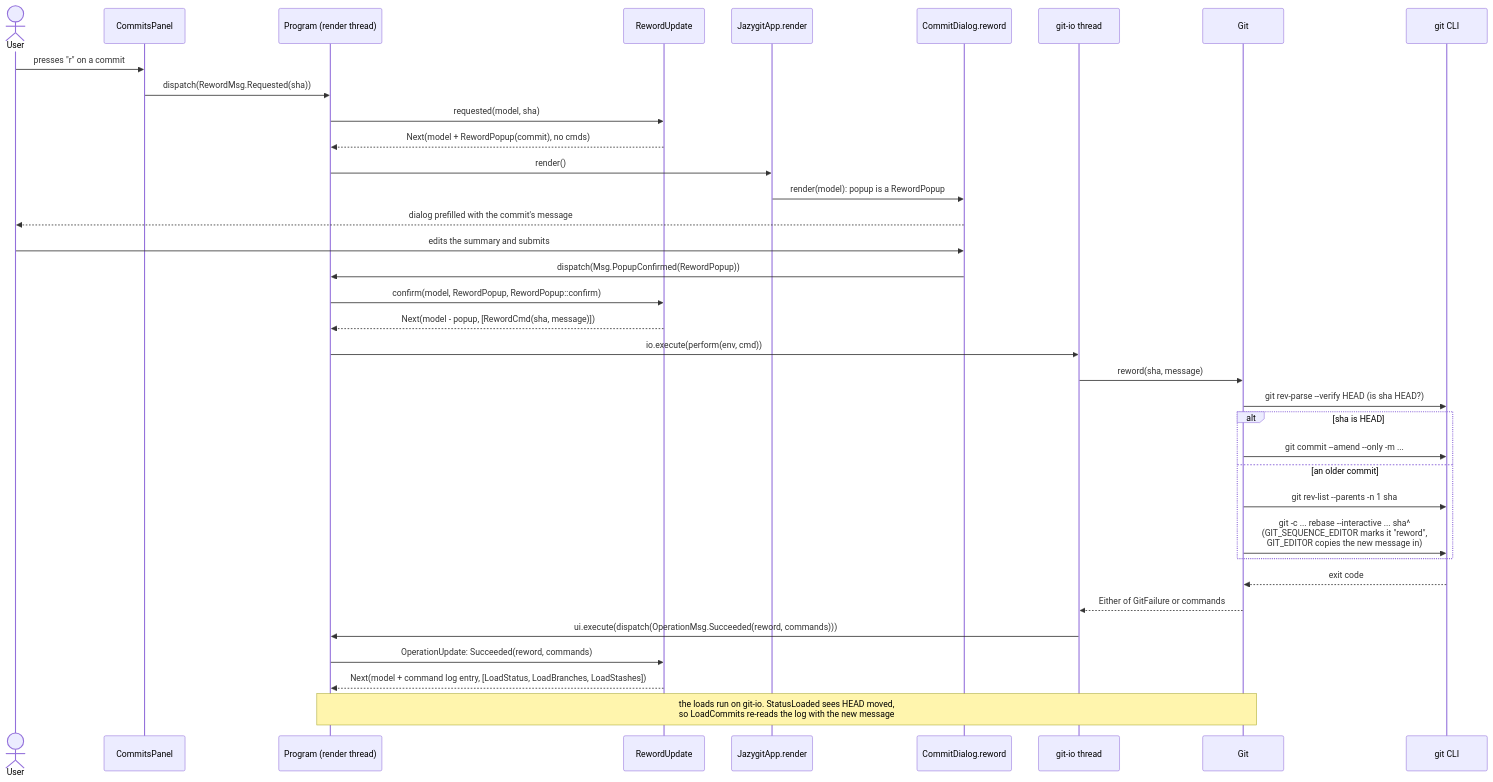
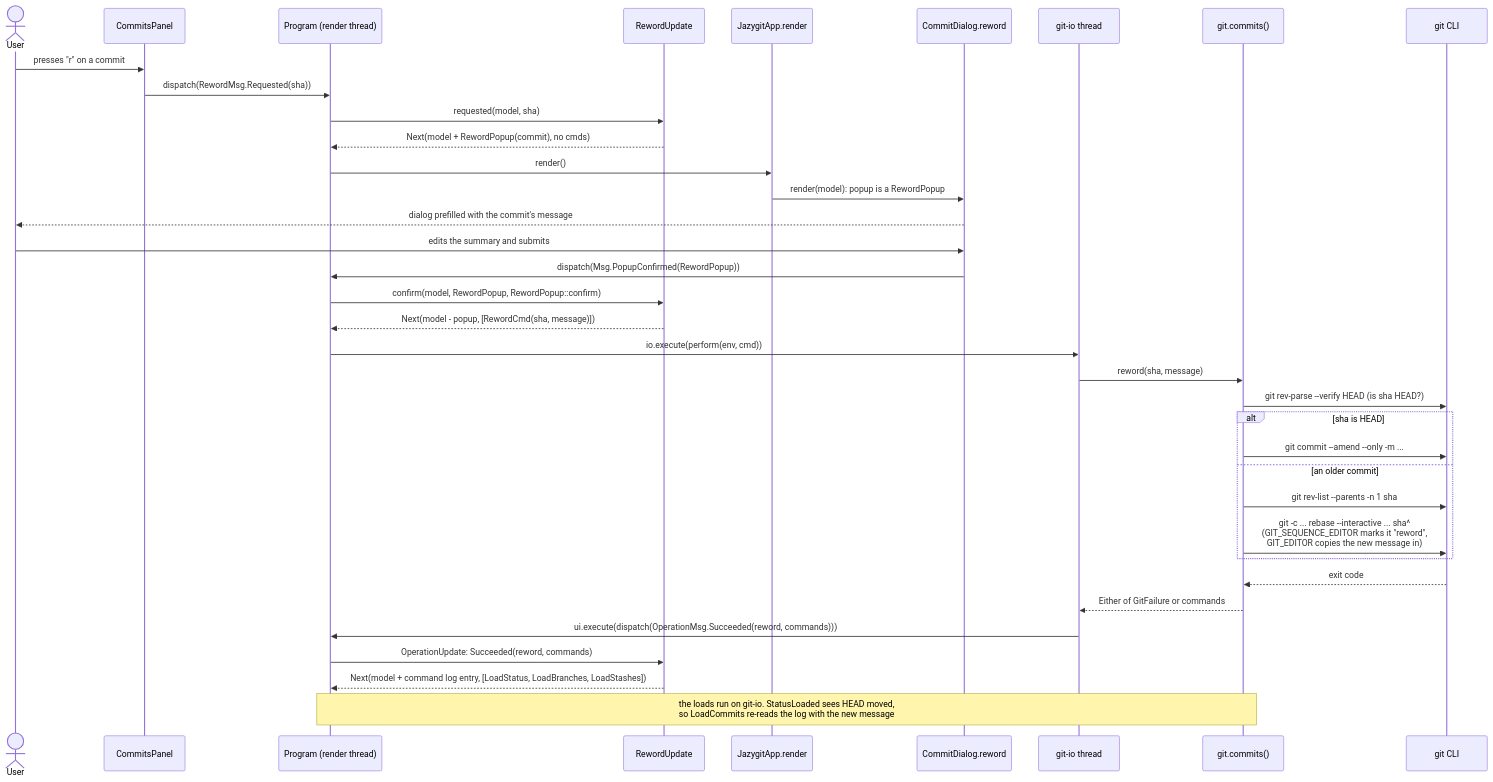
One commit to cvanfleteren/jazygit changed the sixth of 7 diagrams in ARCHITECTURE.md. Above: the diagram before and after it, drawn with Mermaid. The commit also changed other lines of this file and 12 other files, not shown here.

First line of the commit message:
A test of CliGit.withCredentials, and no provider left by name

````diff
--- a/ARCHITECTURE.md
+++ b/ARCHITECTURE.md
@@ -1063,42 +1063,42 @@
 ```mermaid
 sequenceDiagram
     actor User
     participant Panel as CommitsPanel
     participant Program as Program (render thread)
     participant Update as RewordUpdate
     participant App as JazygitApp.render
     participant Dialog as CommitDialog.reword
     participant IO as git-io thread
-    participant Provider as Git
+    participant Commits as git.commits()
     participant Git as git CLI
 
     User->>Panel: presses "r" on a commit
     Panel->>Program: dispatch(RewordMsg.Requested(sha))
     Program->>Update: requested(model, sha)
     Update-->>Program: Next(model + RewordPopup(commit), no cmds)
     Program->>App: render()
     App->>Dialog: render(model): popup is a RewordPopup
     Dialog-->>User: dialog prefilled with the commit's message
 
     User->>Dialog: edits the summary and submits
     Dialog->>Program: dispatch(Msg.PopupConfirmed(RewordPopup))
     Program->>Update: confirm(model, RewordPopup, RewordPopup::confirm)
     Update-->>Program: Next(model - popup, [RewordCmd(sha, message)])
     Program->>IO: io.execute(perform(env, cmd))
 
-    IO->>Provider: reword(sha, message)
-    Provider->>Git: git rev-parse --verify HEAD (is sha HEAD?)
+    IO->>Commits: reword(sha, message)
+    Commits->>Git: git rev-parse --verify HEAD (is sha HEAD?)
     alt sha is HEAD
-        Provider->>Git: git commit --amend --only -m ...
+        Commits->>Git: git commit --amend --only -m ...
     else an older commit
-        Provider->>Git: git rev-list --parents -n 1 sha
-        Provider->>Git: git -c ... rebase --interactive ... sha^<br/>(GIT_SEQUENCE_EDITOR marks it "reword",<br/>GIT_EDITOR copies the new message in)
+        Commits->>Git: git rev-list --parents -n 1 sha
+        Commits->>Git: git -c ... rebase --interactive ... sha^<br/>(GIT_SEQUENCE_EDITOR marks it "reword",<br/>GIT_EDITOR copies the new message in)
     end
-    Git-->>Provider: exit code
-    Provider-->>IO: Either of GitFailure or commands
+    Git-->>Commits: exit code
+    Commits-->>IO: Either of GitFailure or commands
     IO->>Program: ui.execute(dispatch(OperationMsg.Succeeded(reword, commands)))
 
     Program->>Update: OperationUpdate: Succeeded(reword, commands)
     Update-->>Program: Next(model + command log entry, [LoadStatus, LoadBranches, LoadStashes])
-    Note over Program,Provider: the loads run on git-io. StatusLoaded sees HEAD moved,<br/>so LoadCommits re-reads the log with the new message
+    Note over Program,Commits: the loads run on git-io. StatusLoaded sees HEAD moved,<br/>so LoadCommits re-reads the log with the new message
 ```
````
